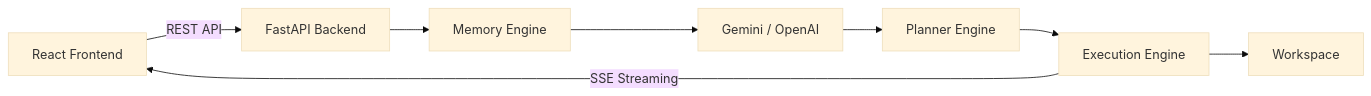
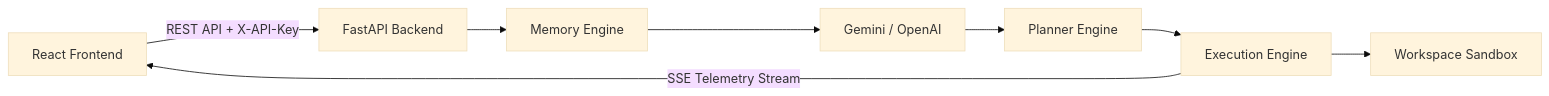
One commit to aashbirsingh25/codeforge-ai changed the diagram in README.md. Above: the diagram before and after it, drawn with Mermaid (base theme). The commit also changed other lines of this file and 5 other files, not shown here.

````diff
--- a/README.md
+++ b/README.md
@@ -190,19 +121,19 @@
 ```mermaid
 flowchart LR
 
 A[React Frontend]
 B[FastAPI Backend]
 C[Memory Engine]
 D[Planner Engine]
 E[Execution Engine]
-F[Workspace]
+F[Workspace Sandbox]
 G[Gemini / OpenAI]
 
-A -->|REST API| B
+A -->|REST API + X-API-Key| B
 B --> C
 C --> G
 G --> D
 D --> E
 E --> F
-E -->|SSE Streaming| A
+E -->|SSE Telemetry Stream| A
 ```
````
